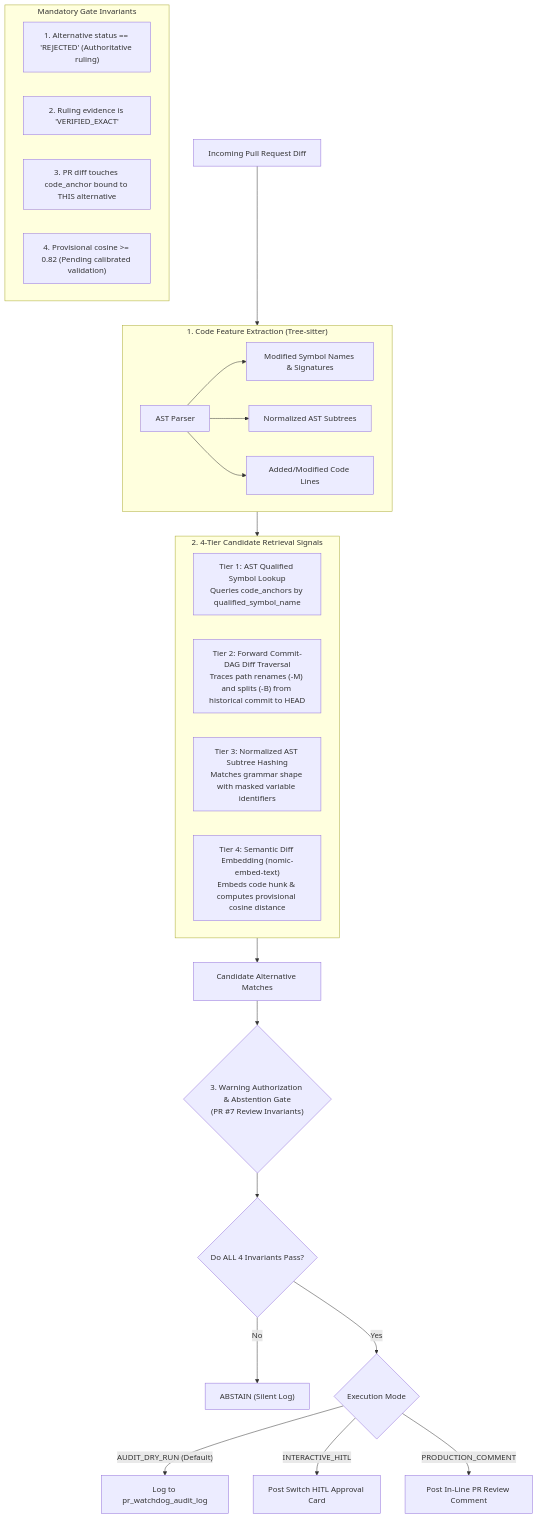
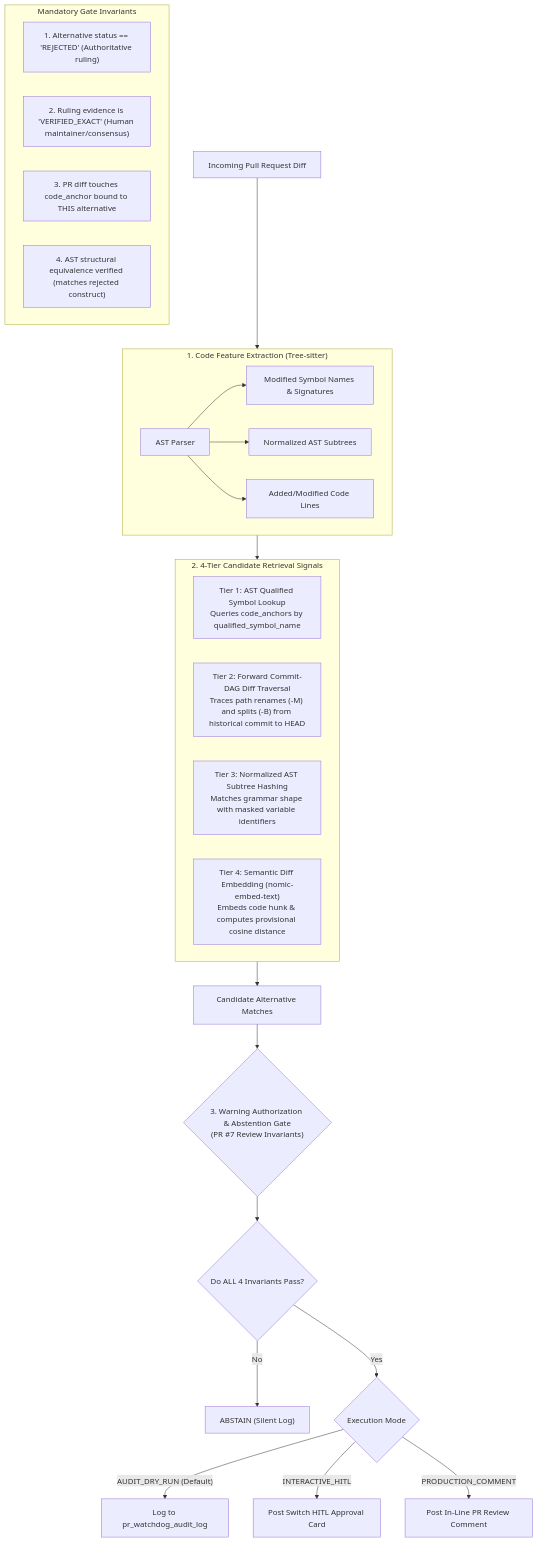
The first of 2 diagrams in docs/CODE_GROUNDING_AND_AST.md (MRiARC/biscuit), drawn with Mermaid before and after one commit. The commit also changed other lines of this file and 3 other files, not shown here.

````diff
--- a/docs/CODE_GROUNDING_AND_AST.md
+++ b/docs/CODE_GROUNDING_AND_AST.md
@@ -37,37 +37,37 @@
 ```mermaid
 flowchart TD
     Diff["Incoming Pull Request Diff"] --> Extract
 
     subgraph Extract["1. Code Feature Extraction (Tree-sitter)"]
         Tree["AST Parser"] --> ModSymbols["Modified Symbol Names & Signatures"]
         Tree --> ModTrees["Normalized AST Subtrees"]
         Tree --> DiffHunk["Added/Modified Code Lines"]
     end
 
     Extract --> Tiers
 
     subgraph Tiers["2. 4-Tier Candidate Retrieval Signals"]
         T1["Tier 1: AST Qualified Symbol Lookup<br/>Queries code_anchors by qualified_symbol_name"]
         T2["Tier 2: Forward Commit-DAG Diff Traversal<br/>Traces path renames (-M) and splits (-B) from historical commit to HEAD"]
         T3["Tier 3: Normalized AST Subtree Hashing<br/>Matches grammar shape with masked variable identifiers"]
         T4["Tier 4: Semantic Diff Embedding (nomic-embed-text)<br/>Embeds code hunk & computes provisional cosine distance"]
     end
 
     Tiers --> Candidates["Candidate Alternative Matches"]
     Candidates --> Gate{"3. Warning Authorization & Abstention Gate<br/>(PR #7 Review Invariants)"}
 
     subgraph GateCriteria["Mandatory Gate Invariants"]
         I1["1. Alternative status == 'REJECTED' (Authoritative ruling)"]
-        I2["2. Ruling evidence is 'VERIFIED_EXACT'"]
+        I2["2. Ruling evidence is 'VERIFIED_EXACT' (Human maintainer/consensus)"]
         I3["3. PR diff touches code_anchor bound to THIS alternative"]
-        I4["4. Provisional cosine >= 0.82 (Pending calibrated validation)"]
+        I4["4. AST structural equivalence verified (matches rejected construct)"]
     end
 
     Gate --> AllPass{"Do ALL 4 Invariants Pass?"}
     AllPass -- No --> Abstain["ABSTAIN (Silent Log)"]
     AllPass -- Yes --> ModeCheck{"Execution Mode"}
     
     ModeCheck -- "AUDIT_DRY_RUN (Default)" --> AuditLog["Log to pr_watchdog_audit_log"]
     ModeCheck -- "INTERACTIVE_HITL" --> HITL["Post Switch HITL Approval Card"]
     ModeCheck -- "PRODUCTION_COMMENT" --> PostPR["Post In-Line PR Review Comment"]
 ```
````
